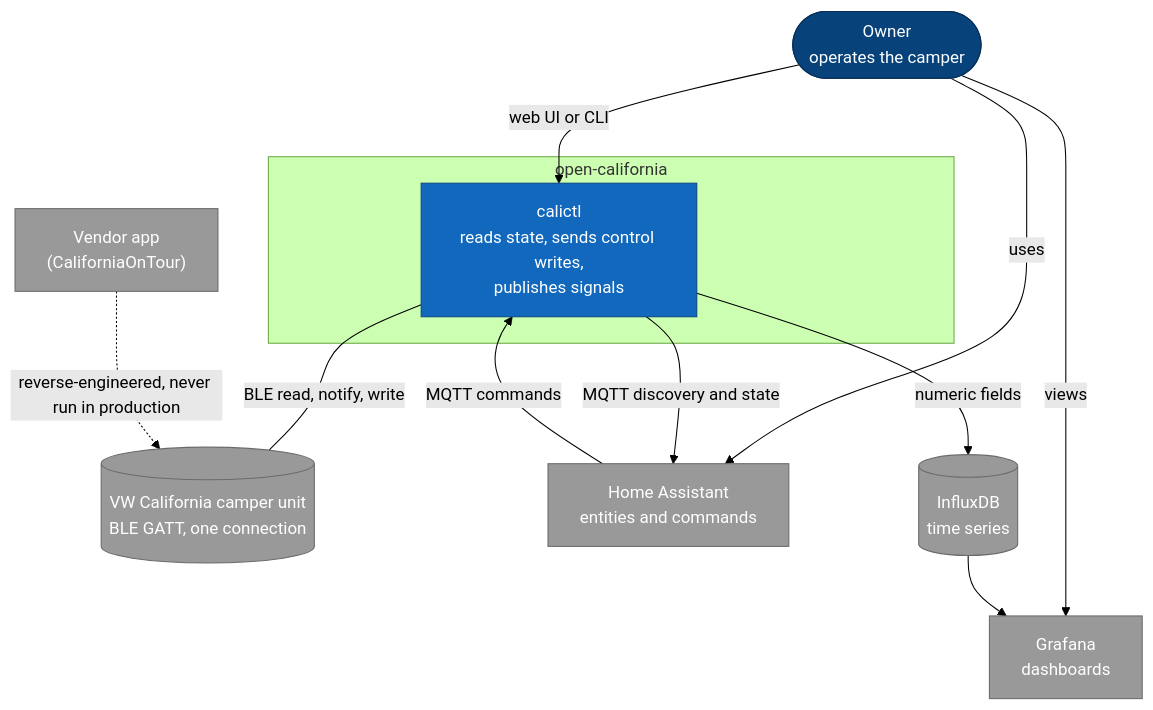
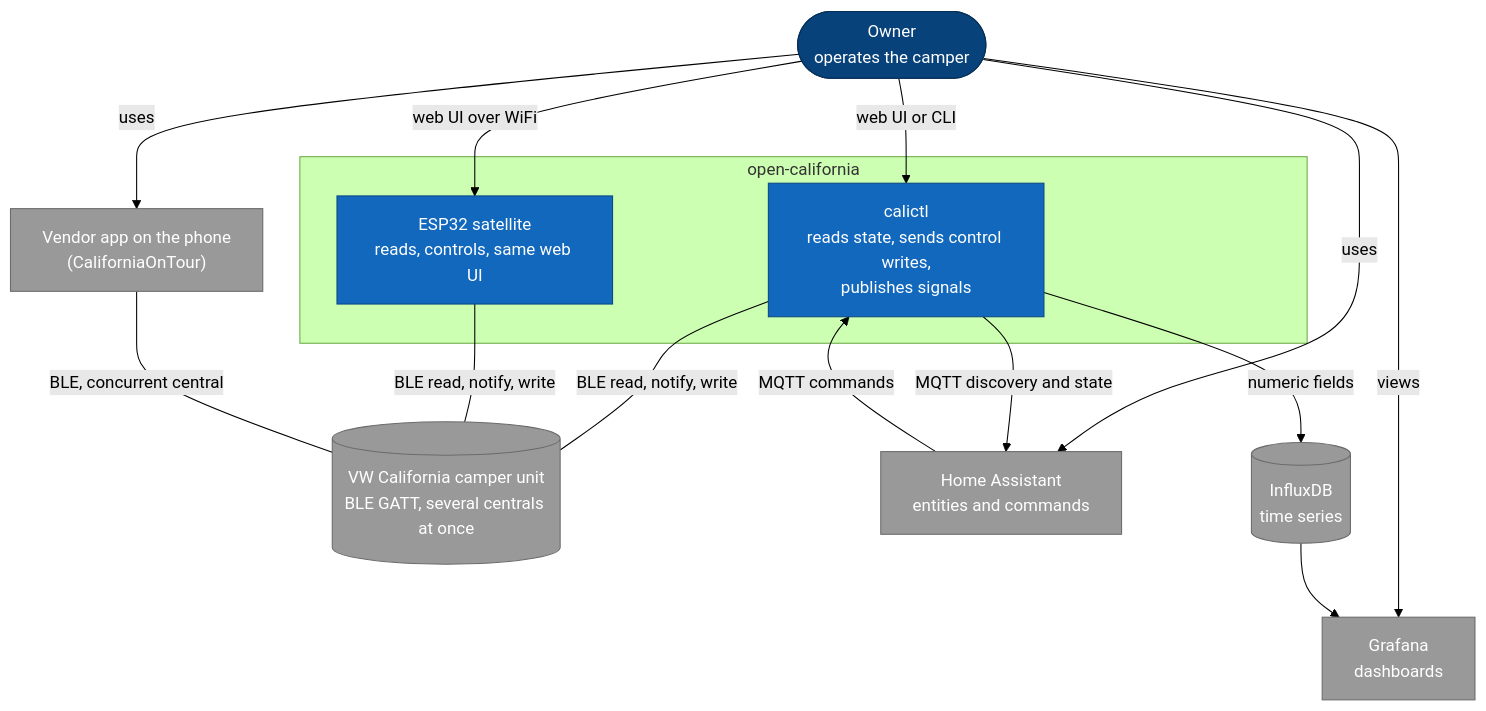
Before and after one commit to ckeller42/open-california: the first of 7 diagrams in ARCHITECTURE.md, drawn with Mermaid (forest theme). The commit also changed other lines of this file and 7 other files, not shown here.

First line of the commit message:
docs: the unit serves several centrals; ESP satellite on the real unit; drop stale status (#289)

````diff
--- a/ARCHITECTURE.md
+++ b/ARCHITECTURE.md
@@ -42,27 +44,31 @@
 ```mermaid
 flowchart TB
   owner(["Owner<br/>operates the camper"])
   subgraph boundary["open-california"]
     sys["calictl<br/>reads state, sends control writes,<br/>publishes signals"]
+    esp["ESP32 satellite<br/>reads, controls, same web UI"]
   end
-  unit[("VW California camper unit<br/>BLE GATT, one connection")]
-  app["Vendor app<br/>(CaliforniaOnTour)"]
+  unit[("VW California camper unit<br/>BLE GATT, several centrals at once")]
+  app["Vendor app on the phone<br/>(CaliforniaOnTour)"]
   ha["Home Assistant<br/>entities and commands"]
   graf["Grafana<br/>dashboards"]
   idb[("InfluxDB<br/>time series")]
   owner -->|web UI or CLI| sys
+  owner -->|web UI over WiFi| esp
+  owner -->|uses| app
   owner -->|uses| ha
   owner -->|views| graf
   sys ---|BLE read, notify, write| unit
+  esp ---|BLE read, notify, write| unit
+  app ---|BLE, concurrent central| unit
   sys -->|MQTT discovery and state| ha
   ha -->|MQTT commands| sys
   sys -->|numeric fields| idb
   idb --> graf
-  app -.->|reverse-engineered, never run in production| unit
   classDef person fill:#08427b,color:#fff,stroke:#052e56
   classDef system fill:#1168bd,color:#fff,stroke:#0b4884
   classDef ext fill:#999,color:#fff,stroke:#6b6b6b
   class owner person
-  class sys system
+  class sys,esp system
   class unit,app,ha,graf,idb ext
 ```
````
